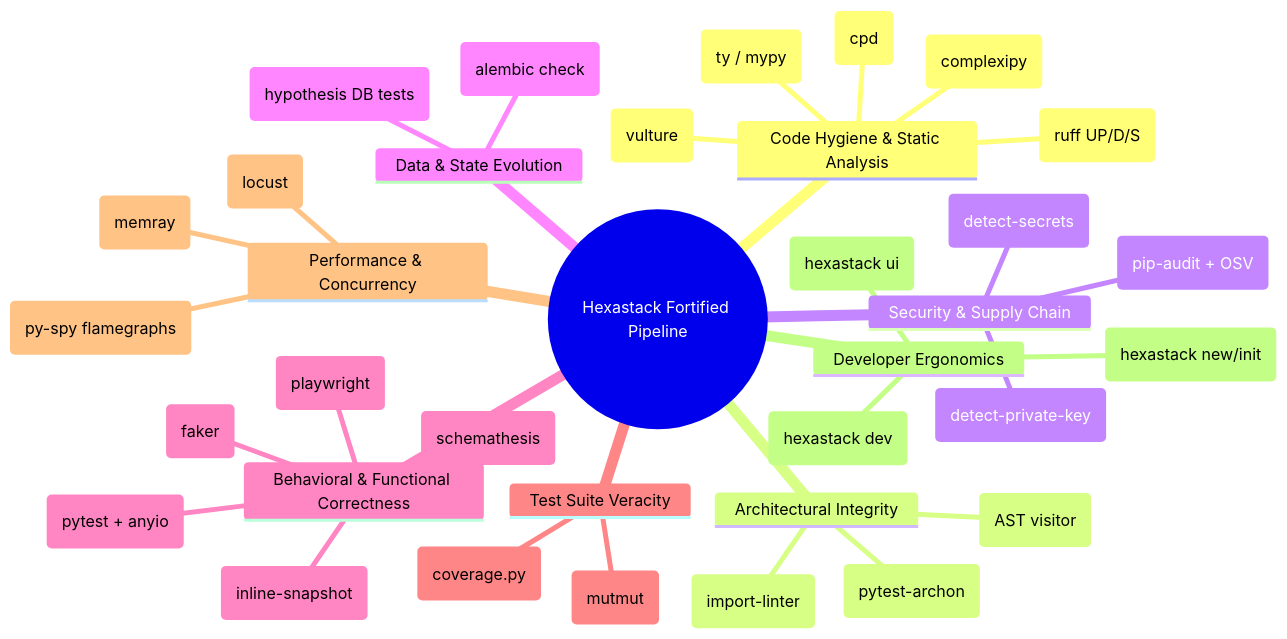
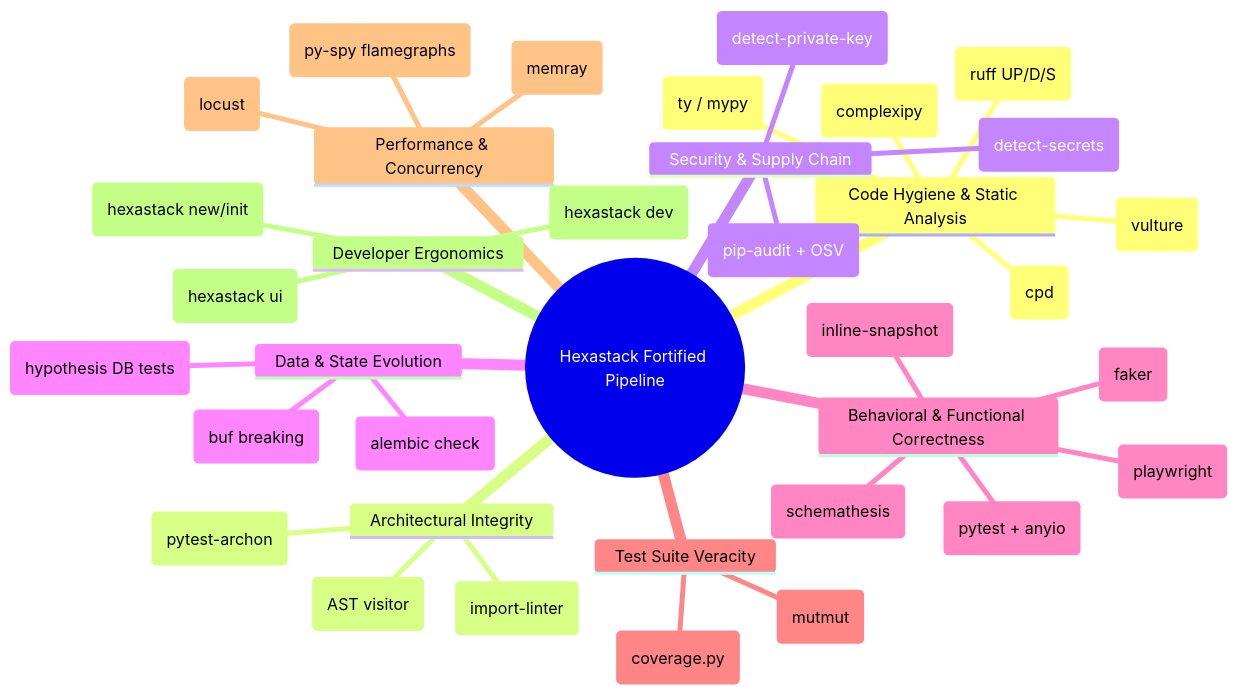
The third of 3 diagrams in README.md (TheTrueSCU/hexastack), drawn with Mermaid before and after one commit. The commit also changed other lines of this file and 8 other files, not shown here.

Commit message:
integrate Buf for Protobuf linting, breaking change detection, and CI governance

````diff
--- a/README.md
+++ b/README.md
@@ -289,38 +290,39 @@
 ```mermaid
 mindmap
   root((Hexastack Fortified Pipeline))
     Code Hygiene & Static Analysis
       Dead Code (vulture)
       Duplicate Code (cpd)
       Cognitive Complexity (complexipy)
       Code Style & Upgrades (ruff UP/D/S)
       Strict Static Types (ty / mypy)
     Architectural Integrity
       Layer Hierarchy (import-linter)
       Pure Domain Purity (pytest-archon)
       Public API Integrity (AST visitor)
     Security & Supply Chain
       Hardcoded Secrets (detect-secrets)
       Private Key Leaks (detect-private-key)
       Dependency CVEs (pip-audit + OSV)
     Data & State Evolution
       ORM Schema Drift (alembic check)
       Database Invariants (hypothesis DB tests)
+      Protobuf Compatibility (buf breaking)
     Behavioral & Functional Correctness
       Async Transports (pytest + anyio)
       Realistic Fixtures (faker)
       Payload Regressions (inline-snapshot)
       Negative Contract Fuzzing (schemathesis)
       Browser & E2E Testing (playwright)
     Test Suite Veracity
       Branch Coverage 90%+ (coverage.py)
       Mutation Testing (mutmut)
     Performance & Concurrency
       Load & Stress (locust)
       CPU Bottlenecks (py-spy flamegraphs)
       Memory Leaks (memray)
     Developer Ergonomics
       Zero-Config Scaffolding (hexastack new/init)
       Multi-Transport Dev Server (hexastack dev)
       Built-in DevTools Web UI (hexastack ui)
 ```
````
